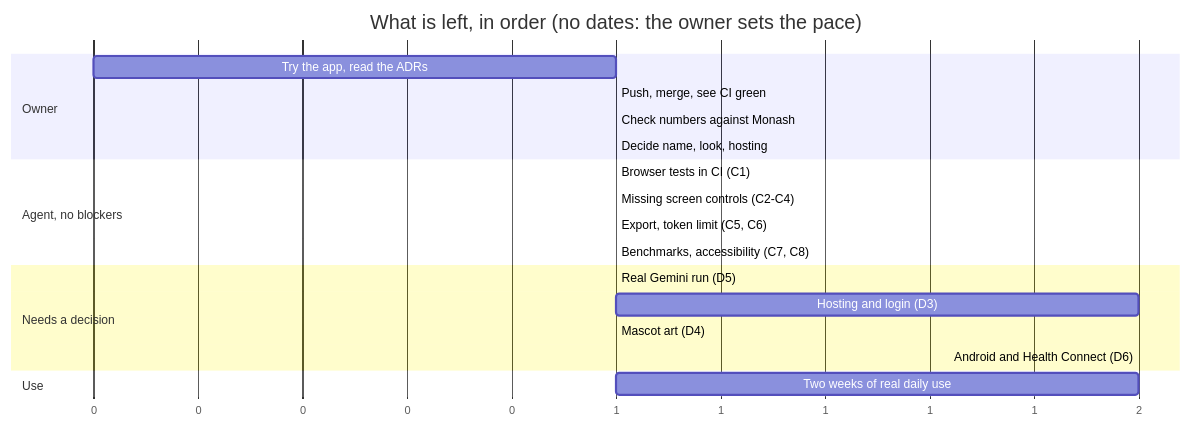
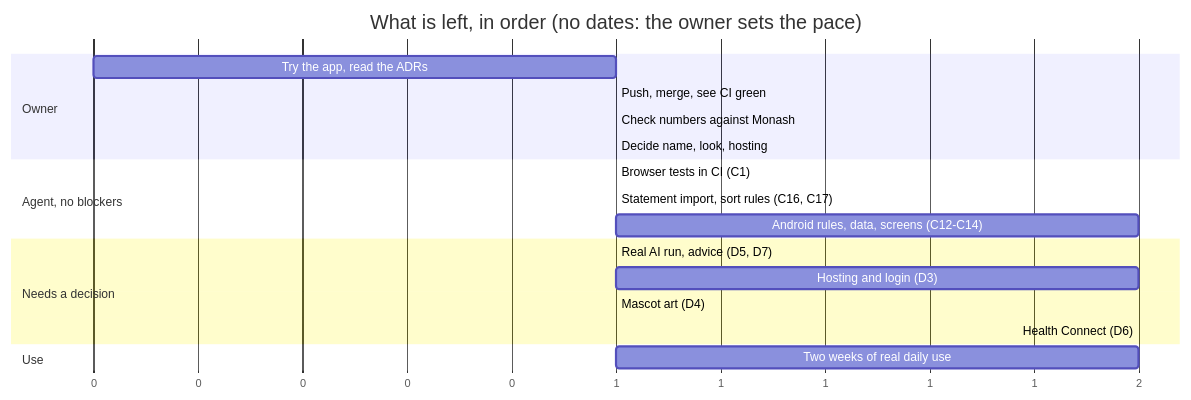
Before and after one commit to sih2006/Everything-A-Monash-Malaysia-Student-Would-Need: the diagram in docs/03-plan/implementation-plan.md, drawn with Mermaid. The commit also changed other lines of this file and 5 other files, not shown here.

````diff
--- a/docs/03-plan/implementation-plan.md
+++ b/docs/03-plan/implementation-plan.md
@@ -39,23 +50,22 @@
 ```mermaid
 gantt
   title What is left, in order (no dates: the owner sets the pace)
   dateFormat X
   axisFormat %s
   section Owner
   Try the app, read the ADRs       :a1, 0, 1
   Push, merge, see CI green        :a2, after a1, 1
   Check numbers against Monash     :a3, after a2, 1
   Decide name, look, hosting       :a4, after a3, 1
   section Agent, no blockers
   Browser tests in CI (C1)         :c1, after a2, 1
-  Missing screen controls (C2-C4)  :c2, after c1, 1
-  Export, token limit (C5, C6)     :c3, after c2, 1
-  Benchmarks, accessibility (C7, C8) :c4, after c3, 1
+  Statement import, sort rules (C16, C17) :c2, after c1, 1
+  Android rules, data, screens (C12-C14) :c3, after c2, 2
   section Needs a decision
-  Real Gemini run (D5)             :d1, after a2, 1
+  Real AI run, advice (D5, D7)     :d1, after a2, 1
   Hosting and login (D3)           :d2, after a4, 2
   Mascot art (D4)                  :d3, after a4, 1
-  Android and Health Connect (D6)  :d4, after d2, 2
+  Health Connect (D6)              :d4, after c3, 2
   section Use
   Two weeks of real daily use      :u1, after a3, 2
 ```
````
